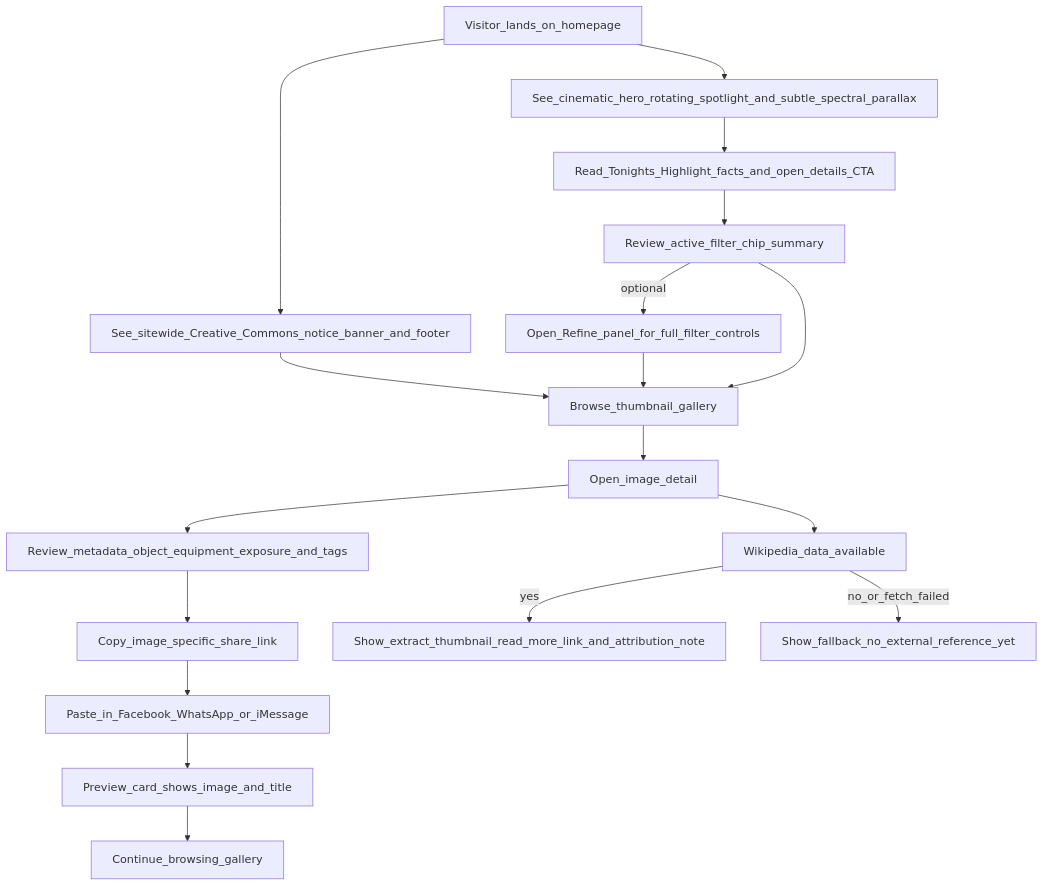
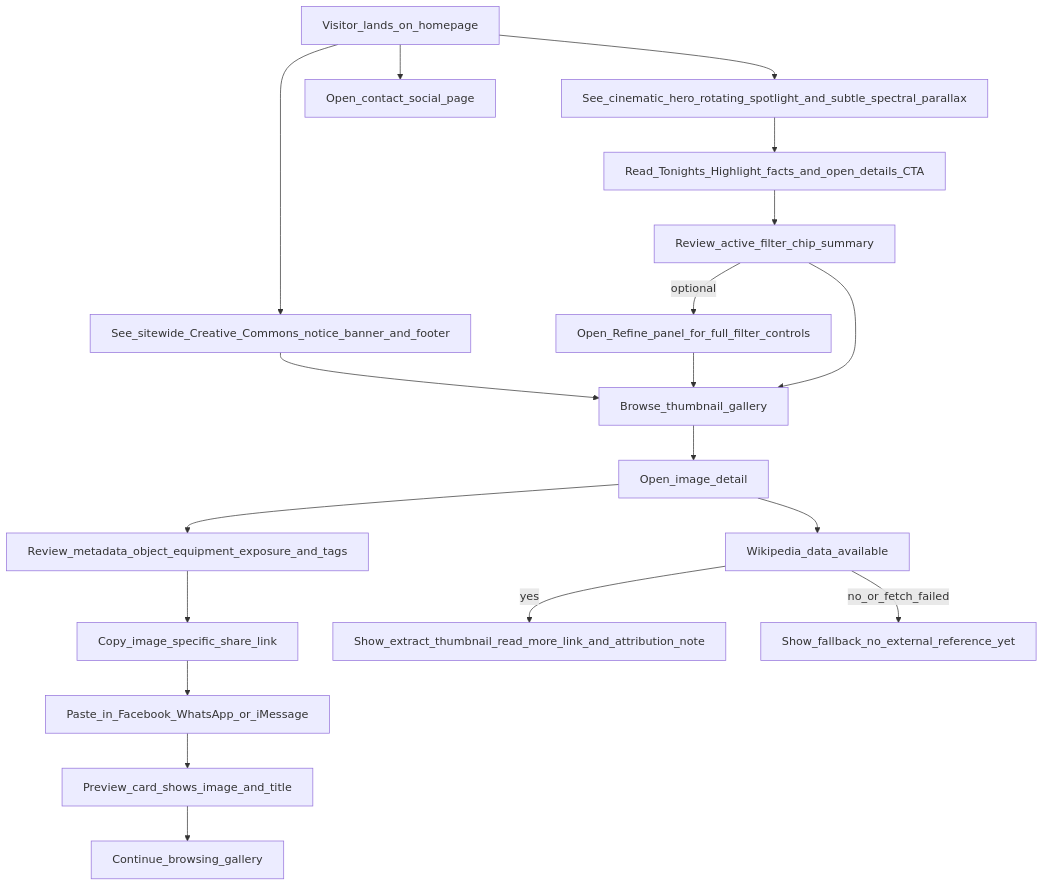
One commit to smeird/images changed the first of 3 diagrams in README.md. Above: the diagram before and after it, drawn with Mermaid. The commit also changed other lines of this file and 7 other files, not shown here.

````diff
--- a/README.md
+++ b/README.md
@@ -144,20 +156,21 @@
 ```mermaid
 flowchart TD
   Visitor_lands_on_homepage --> See_cinematic_hero_rotating_spotlight_and_subtle_spectral_parallax
   Visitor_lands_on_homepage --> See_sitewide_Creative_Commons_notice_banner_and_footer
   See_cinematic_hero_rotating_spotlight_and_subtle_spectral_parallax --> Read_Tonights_Highlight_facts_and_open_details_CTA
   Read_Tonights_Highlight_facts_and_open_details_CTA --> Review_active_filter_chip_summary
   See_sitewide_Creative_Commons_notice_banner_and_footer --> Browse_thumbnail_gallery
   Review_active_filter_chip_summary -->|optional| Open_Refine_panel_for_full_filter_controls
   Open_Refine_panel_for_full_filter_controls --> Browse_thumbnail_gallery
   Review_active_filter_chip_summary --> Browse_thumbnail_gallery
+  Visitor_lands_on_homepage --> Open_contact_social_page
   Browse_thumbnail_gallery --> Open_image_detail
   Open_image_detail --> Review_metadata_object_equipment_exposure_and_tags
   Review_metadata_object_equipment_exposure_and_tags --> Copy_image_specific_share_link
   Copy_image_specific_share_link --> Paste_in_Facebook_WhatsApp_or_iMessage
   Paste_in_Facebook_WhatsApp_or_iMessage --> Preview_card_shows_image_and_title
   Preview_card_shows_image_and_title --> Continue_browsing_gallery
   Open_image_detail --> Wikipedia_data_available
   Wikipedia_data_available -->|yes| Show_extract_thumbnail_read_more_link_and_attribution_note
   Wikipedia_data_available -->|no_or_fetch_failed| Show_fallback_no_external_reference_yet
 ```
````
